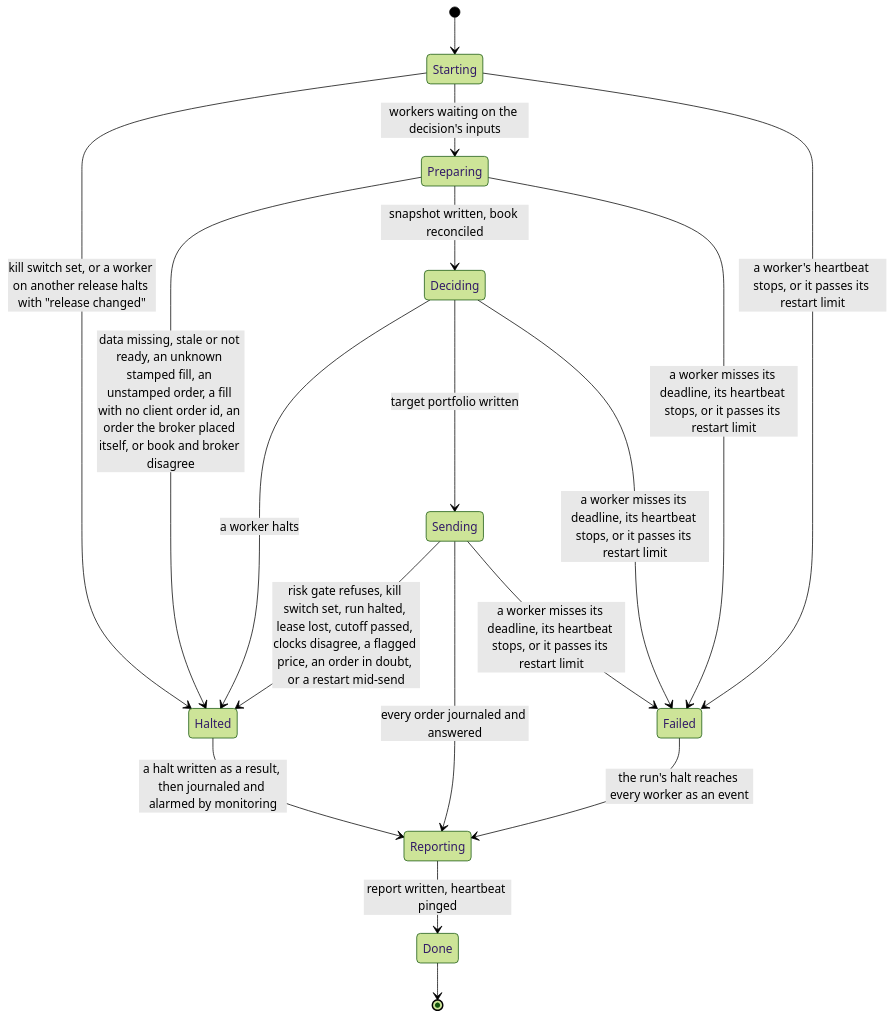
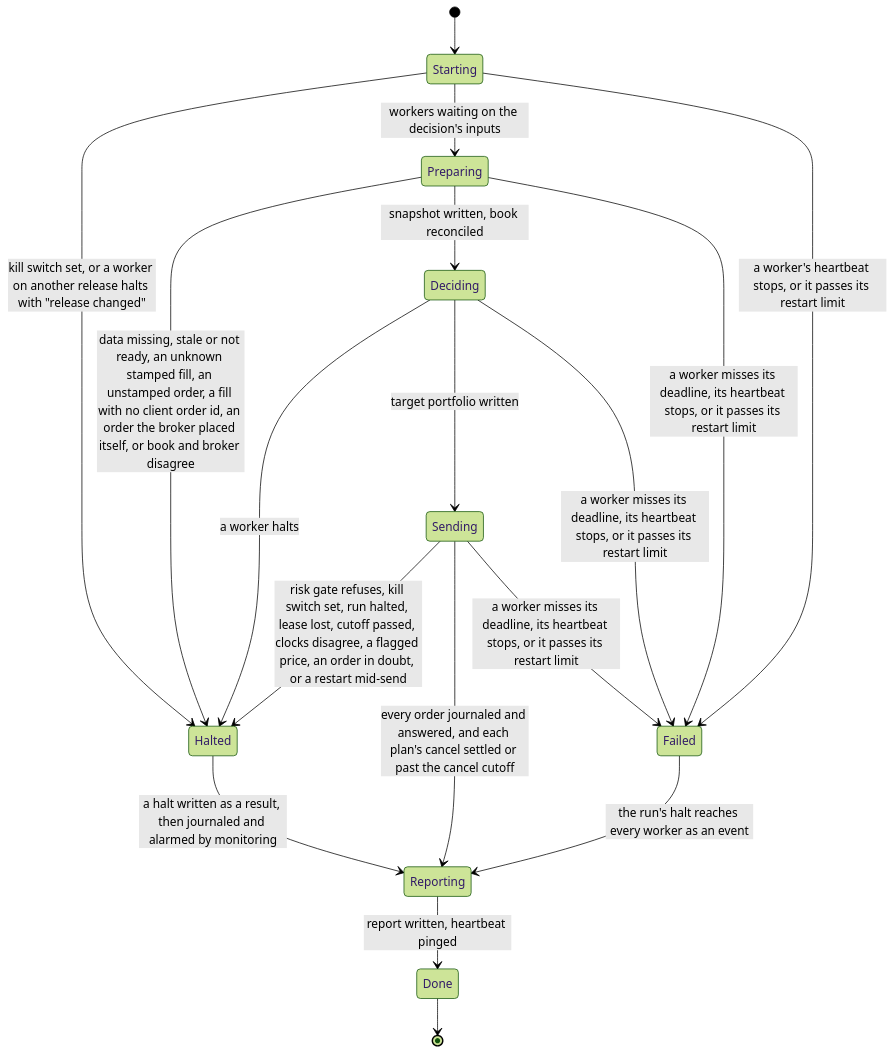
One commit to l3a0/ithildin-runtime changed diagram 13 of 16 in docs/architecture.md. Above: the diagram before and after it, drawn with Mermaid (forest theme). The commit also changed other lines of this file and 2 other files, not shown here.

First line of the commit message:
docs: let a halt stop a plan's cancel, and drop the gate's classification

````diff
--- a/docs/architecture.md
+++ b/docs/architecture.md
@@ -1703,20 +1708,20 @@
 ```mermaid
 stateDiagram-v2
     [*] --> Starting
     Starting --> Halted: kill switch set, or a worker on another release halts with "release changed"
     Starting --> Preparing: workers waiting on the decision's inputs
     Preparing --> Halted: data missing, stale or not ready, an unknown stamped fill, an unstamped order, a fill with no client order id, an order the broker placed itself, or book and broker disagree
     Preparing --> Deciding: snapshot written, book reconciled
     Deciding --> Halted: a worker halts
     Deciding --> Sending: target portfolio written
     Sending --> Halted: risk gate refuses, kill switch set, run halted, lease lost, cutoff passed, clocks disagree, a flagged price, an order in doubt, or a restart mid-send
-    Sending --> Reporting: every order journaled and answered
+    Sending --> Reporting: every order journaled and answered, and each plan's cancel settled or past the cancel cutoff
     Halted --> Reporting: a halt written as a result, then journaled and alarmed by monitoring
     Reporting --> Done: report written, heartbeat pinged
     Done --> [*]
     Starting --> Failed: a worker's heartbeat stops, or it passes its restart limit
     Preparing --> Failed: a worker misses its deadline, its heartbeat stops, or it passes its restart limit
     Deciding --> Failed: a worker misses its deadline, its heartbeat stops, or it passes its restart limit
     Sending --> Failed: a worker misses its deadline, its heartbeat stops, or it passes its restart limit
     Failed --> Reporting: the run's halt reaches every worker as an event
 ```
````
